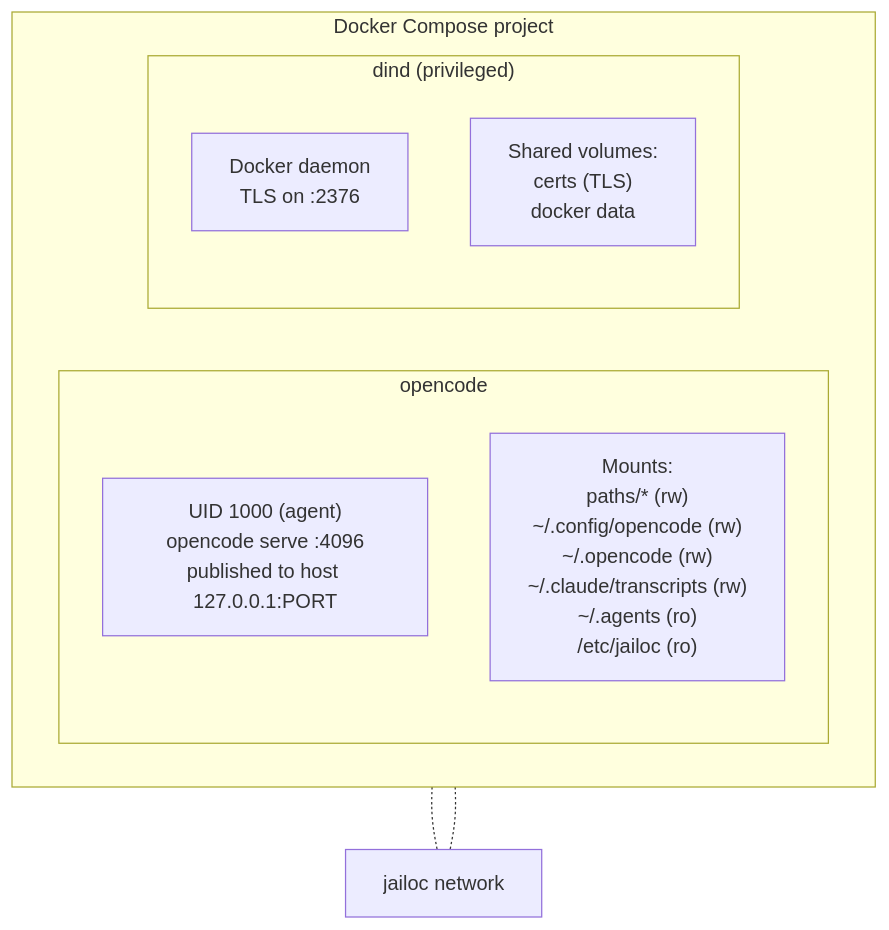
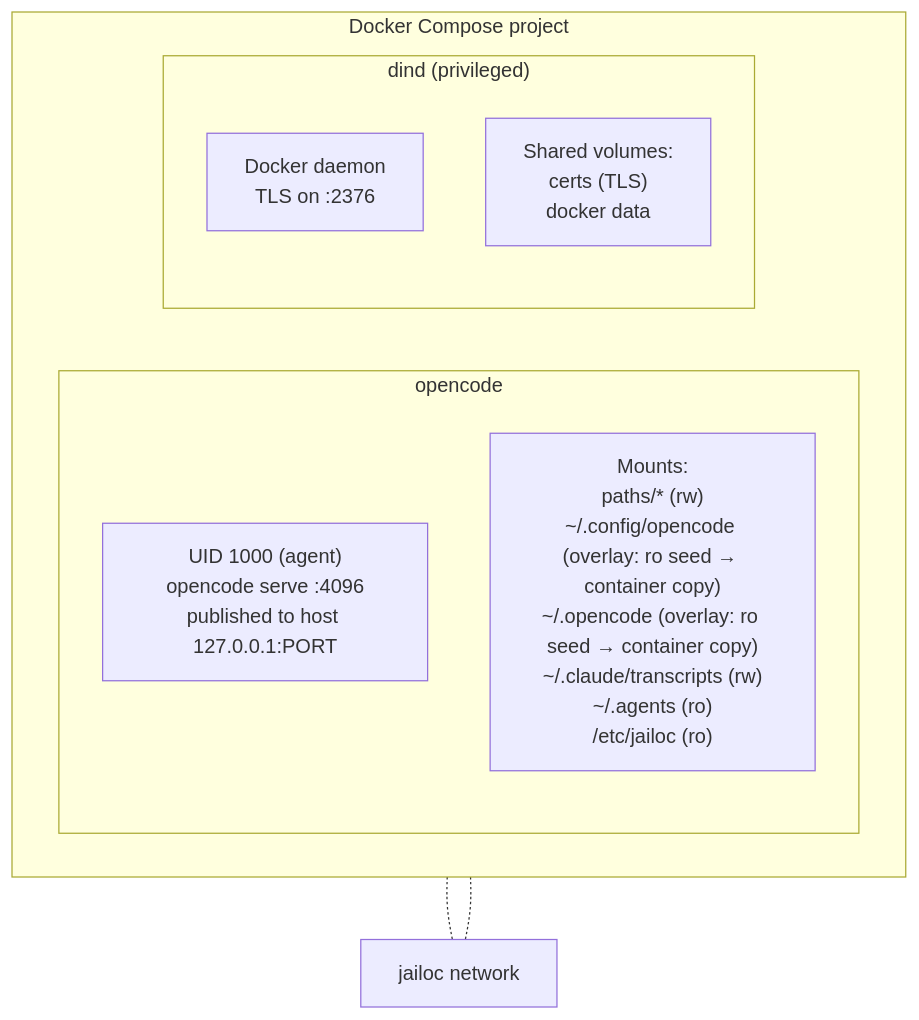
One commit to seznam/jailoc changed the diagram in docs/explanation/container-architecture.md. Above: the diagram before and after it, drawn with Mermaid. The commit also changed other lines of this file and 6 other files, not shown here.

Commit message:
feat(config): overlay OC config mounts via seed+copy

````diff
--- a/docs/explanation/container-architecture.md
+++ b/docs/explanation/container-architecture.md
@@ -9,19 +9,19 @@
 ```mermaid
 flowchart TB
   subgraph compose["Docker Compose project"]
     direction LR
     subgraph oc["opencode"]
       direction TB
       oc_uid["UID 1000 (agent)<br>opencode serve :4096<br>published to host 127.0.0.1:PORT"]
-      oc_mounts["Mounts:<br>paths/* (rw)<br>~/.config/opencode (rw)<br>~/.opencode (rw)<br>~/.claude/transcripts (rw)<br>~/.agents (ro)<br>/etc/jailoc (ro)"]
+      oc_mounts["Mounts:<br>paths/* (rw)<br>~/.config/opencode (overlay: ro seed → container copy)<br>~/.opencode (overlay: ro seed → container copy)<br>~/.claude/transcripts (rw)<br>~/.agents (ro)<br>/etc/jailoc (ro)"]
     end
     subgraph dind["dind (privileged)"]
       direction TB
       dind_daemon["Docker daemon<br>TLS on :2376"]
       dind_vols["Shared volumes:<br>certs (TLS)<br>docker data"]
     end
   end
 
   oc -.- net["jailoc network"]
     dind -.- net
 ```
````
